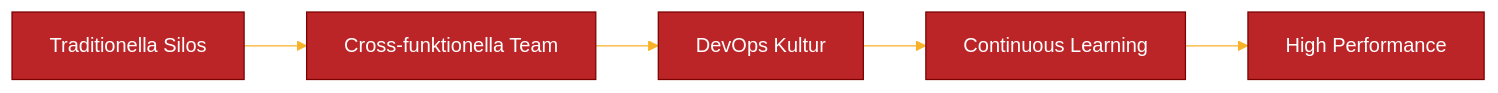
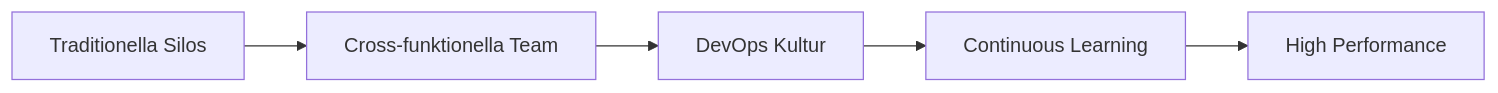
The diagram in docs/images/diagram_11_kapitel9.mmd (Geonitab/architecture_as_code), drawn with Mermaid before and after one commit. The commit also changed 46 other files, not shown here.

Commit message:
Align Mermaid visuals with accessible Kvadrat theme

```diff
--- a/docs/images/diagram_11_kapitel9.mmd
+++ b/docs/images/diagram_11_kapitel9.mmd
@@ -1,16 +1,5 @@
----
-config:
-  theme: 'base'
-  themeVariables:
-    primaryColor: '#BB2528'
-    primaryTextColor: '#fff'
-    primaryBorderColor: '#7C0000'
-    lineColor: '#F8B229'
-    secondaryColor: '#006100'
-    tertiaryColor: '#fff'
----
 graph LR
-    A[Traditionella Silos] --> B[Cross-funktionella Team]
-    B --> C[DevOps Kultur]
-    C --> D[Continuous Learning]
-    D --> E[High Performance]
+    A[Traditionella Silos]:::kv-primary --> B[Cross-funktionella Team]:::kv-highlight
+    B --> C[DevOps Kultur]:::kv-accent
+    C --> D[Continuous Learning]:::kv-accent
+    D --> E[High Performance]:::kv-primary
```
